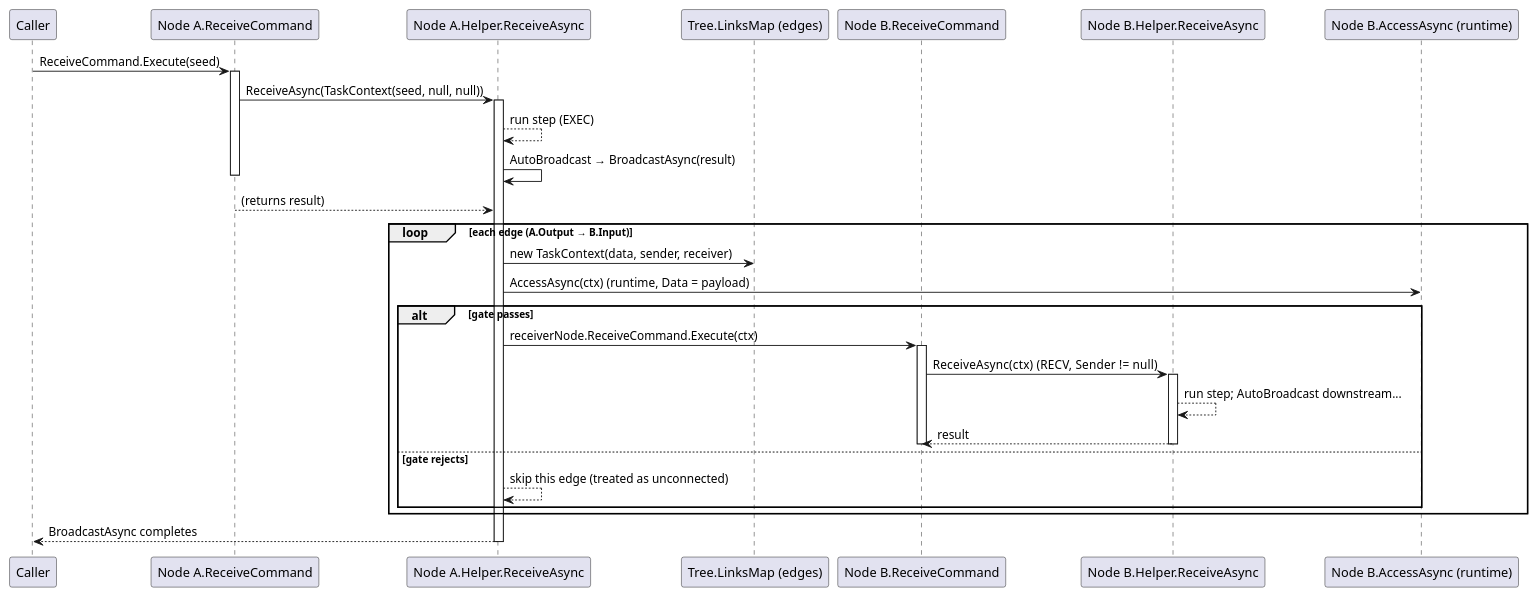
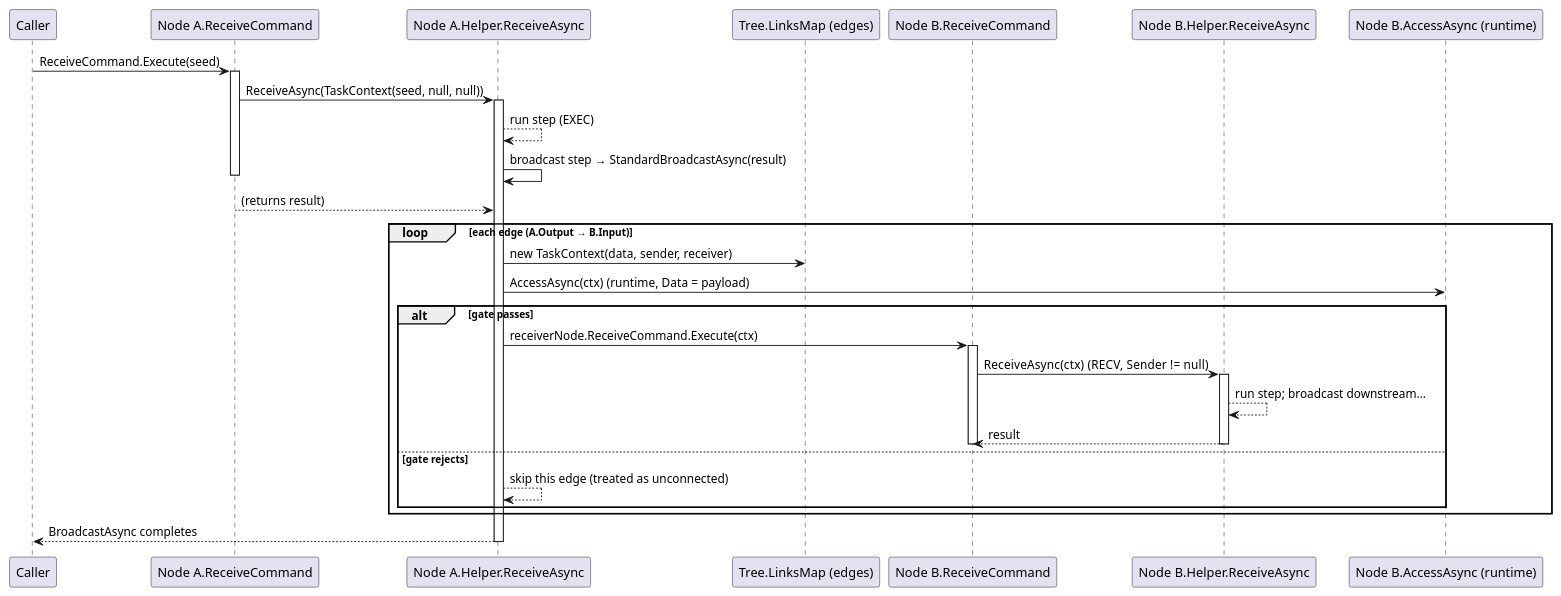
One commit to Axvser/VeloxDev.Docs changed the diagram in src/CloudGlyph/Assets/Docs/content/en/2_API/00_workflow-system/05_execution-mechanism/index.md. Above: the diagram before and after it, drawn with PlantUML. The commit also changed other lines of this file and 443 other files, not shown here.

````diff
--- a/src/CloudGlyph/Assets/Docs/content/en/2_API/00_workflow-system/05_execution-mechanism/index.md
+++ b/src/CloudGlyph/Assets/Docs/content/en/2_API/00_workflow-system/05_execution-mechanism/index.md
@@ -132,39 +139,39 @@
 ```plantuml
 @startuml
     participant Caller
 participant "Node A.ReceiveCommand" as ACmd
 participant "Node A.Helper.ReceiveAsync" as A
 participant "Tree.LinksMap (edges)" as Edges
 participant "Node B.ReceiveCommand" as BCmd
 participant "Node B.Helper.ReceiveAsync" as B
 participant "Node B.AccessAsync (runtime)" as BGate
 
     Caller -> ACmd: ReceiveCommand.Execute(seed)
     activate ACmd
     ACmd -> A: ReceiveAsync(TaskContext(seed, null, null))
     activate A
     A --> A: run step (EXEC)
-    A -> A: AutoBroadcast → BroadcastAsync(result)
+    A -> A: broadcast step → StandardBroadcastAsync(result)
     deactivate ACmd
     ACmd --> A: (returns result)
 
     loop each edge (A.Output → B.Input)
         A -> Edges: new TaskContext(data, sender, receiver)
         A -> BGate: AccessAsync(ctx)  (runtime, Data = payload)
         alt gate passes
             A -> BCmd: receiverNode.ReceiveCommand.Execute(ctx)
             activate BCmd
             BCmd -> B: ReceiveAsync(ctx)   (RECV, Sender != null)
             activate B
-            B --> B: run step; AutoBroadcast downstream...
+            B --> B: run step; broadcast downstream...
             B --> BCmd: result
             deactivate B
             deactivate BCmd
         else gate rejects
             A --> A: skip this edge (treated as unconnected)
         end
     end
     A --> Caller: BroadcastAsync completes
     deactivate A
 @enduml
 ```
````
